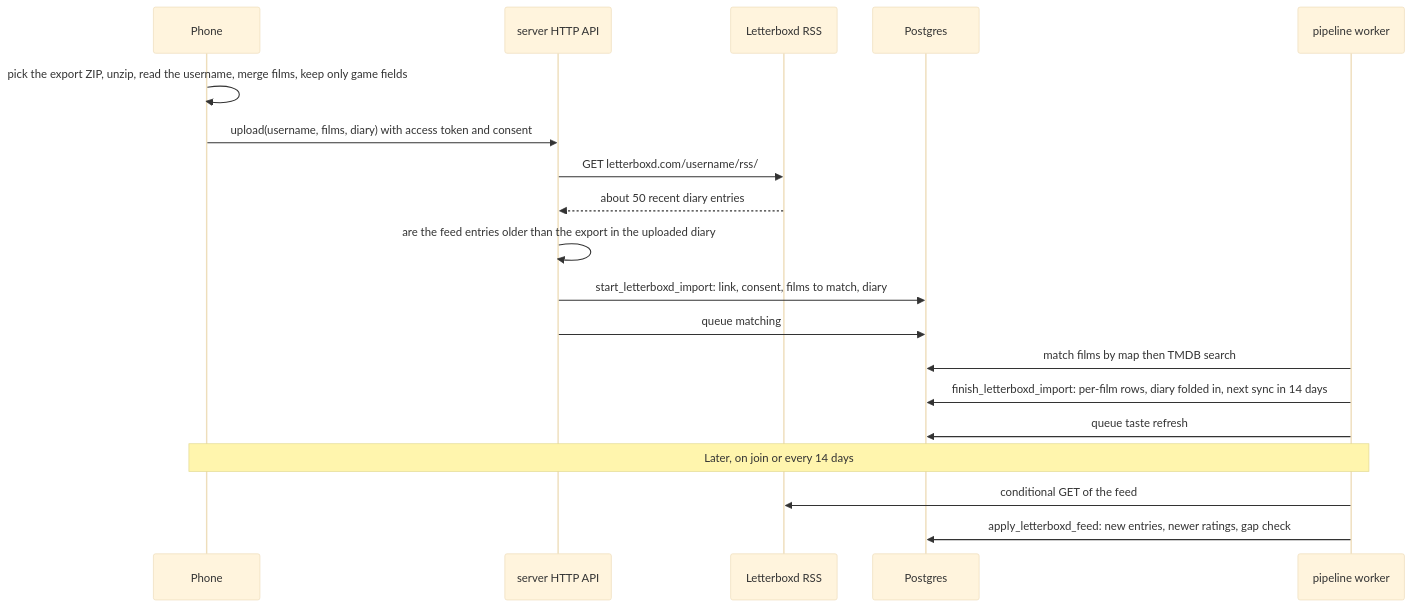
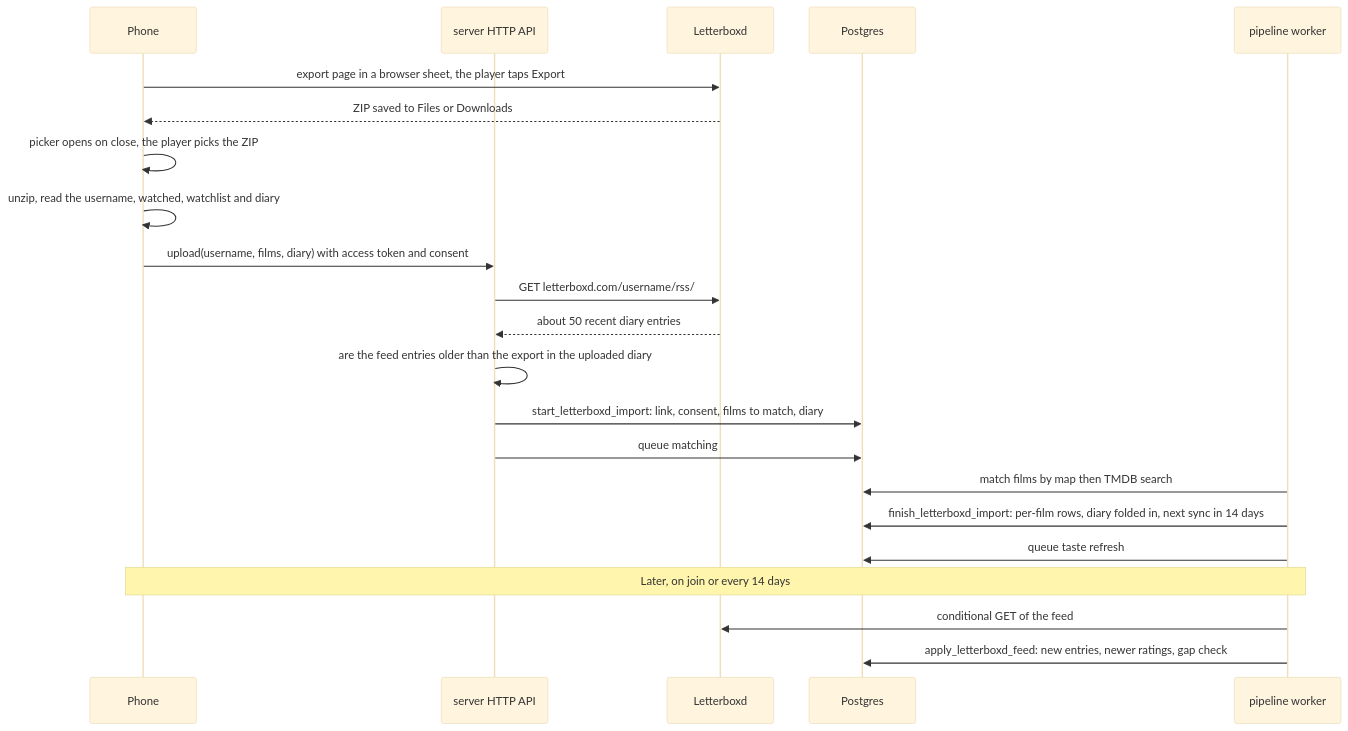
One commit to harryviennot/flimme changed diagram 11 of 11 in docs/data-model/README.md. Above: the diagram before and after it, drawn with Mermaid (base theme). The commit also changed other lines of this file and 1 other file, not shown here.

First line of the commit message:
Read only the diary, watched list and watchlist from Letterboxd

````diff
--- a/docs/data-model/README.md
+++ b/docs/data-model/README.md
@@ -768,21 +767,24 @@
 ```mermaid
 sequenceDiagram
   participant P as Phone
   participant H as server HTTP API
-  participant L as Letterboxd RSS
+  participant L as Letterboxd
   participant DB as Postgres
   participant W as pipeline worker
-  P->>P: pick the export ZIP, unzip, read the username, merge films, keep only game fields
+  P->>L: export page in a browser sheet, the player taps Export
+  L-->>P: ZIP saved to Files or Downloads
+  P->>P: picker opens on close, the player picks the ZIP
+  P->>P: unzip, read the username, watched, watchlist and diary
   P->>H: upload(username, films, diary) with access token and consent
   H->>L: GET letterboxd.com/username/rss/
   L-->>H: about 50 recent diary entries
   H->>H: are the feed entries older than the export in the uploaded diary
   H->>DB: start_letterboxd_import: link, consent, films to match, diary
   H->>DB: queue matching
   W->>DB: match films by map then TMDB search
   W->>DB: finish_letterboxd_import: per-film rows, diary folded in, next sync in 14 days
   W->>DB: queue taste refresh
   Note over P,W: Later, on join or every 14 days
   W->>L: conditional GET of the feed
   W->>DB: apply_letterboxd_feed: new entries, newer ratings, gap check
 ```
````
